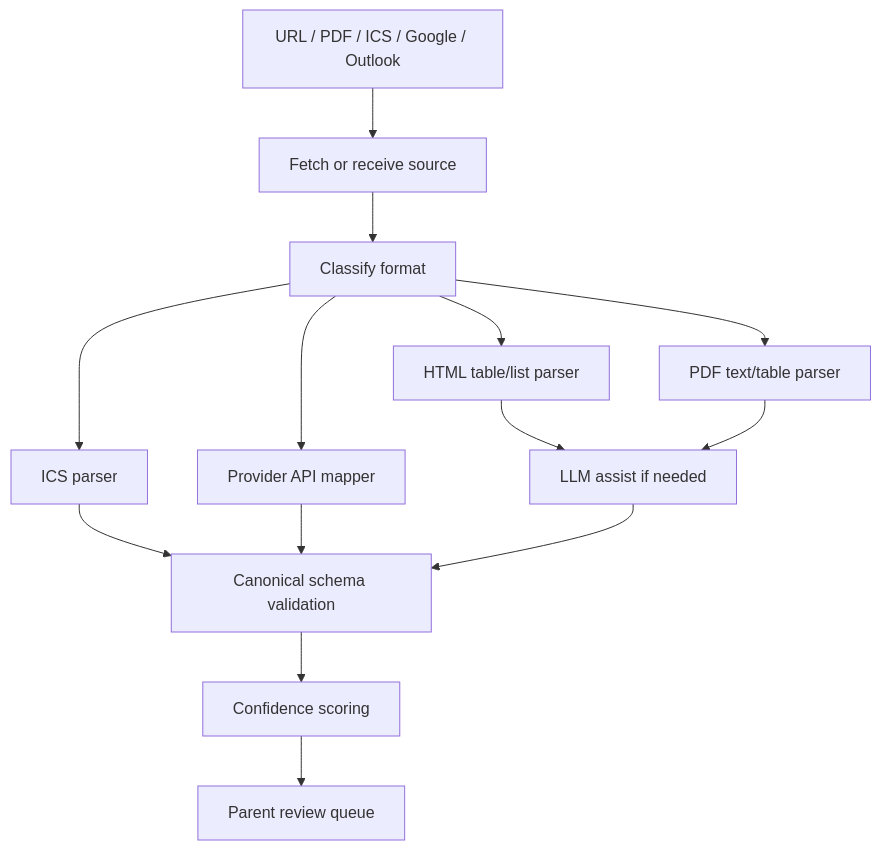
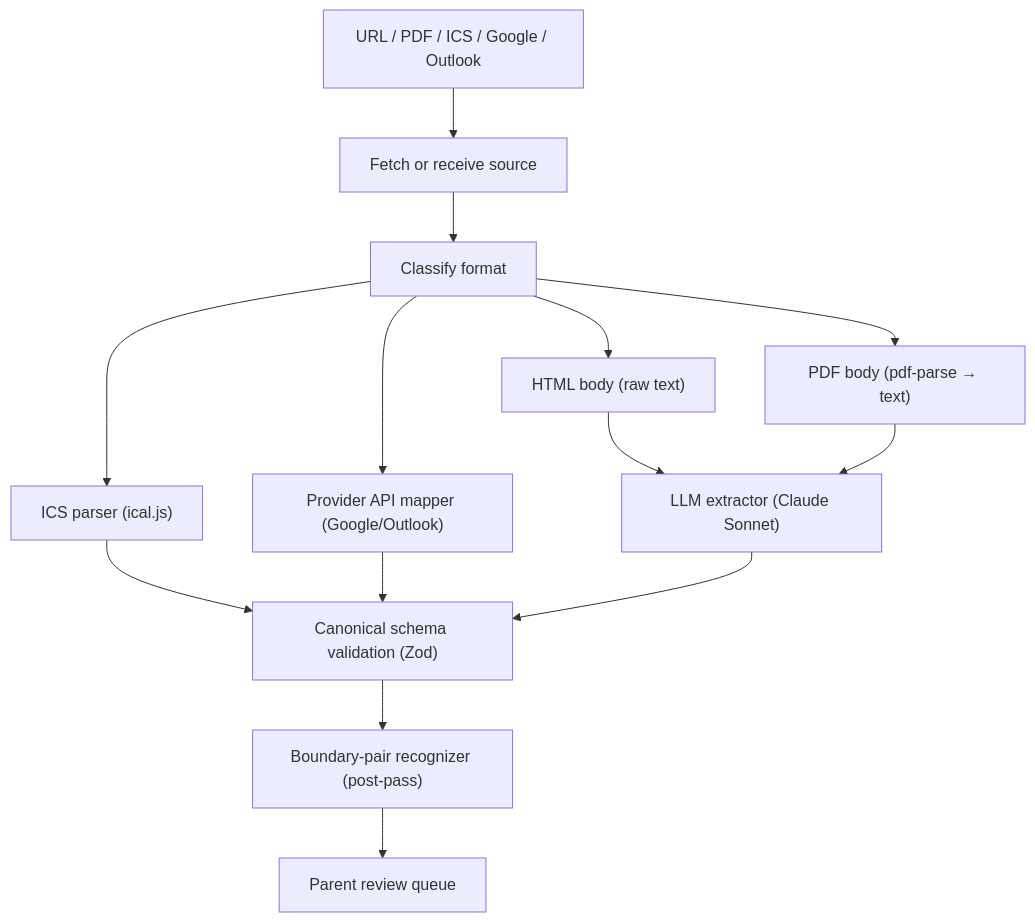
The diagram in docs/PARSING_STRATEGY.md (igortsives/togetherly), drawn with Mermaid before and after one commit. The commit also changed other lines of this file and 19 other files, not shown here.

First line of the commit message:
Delete heuristic HTML/PDF extractors; LLM is the only path (#157)

````diff
--- a/docs/PARSING_STRATEGY.md
+++ b/docs/PARSING_STRATEGY.md
@@ -16,16 +18,16 @@
 ```mermaid
 flowchart TD
   Input["URL / PDF / ICS / Google / Outlook"] --> Fetch["Fetch or receive source"]
   Fetch --> Classify["Classify format"]
-  Classify --> ICS["ICS parser"]
-  Classify --> HTML["HTML table/list parser"]
-  Classify --> PDF["PDF text/table parser"]
-  Classify --> Provider["Provider API mapper"]
-  HTML --> MaybeLLM["LLM assist if needed"]
-  PDF --> MaybeLLM
-  ICS --> Schema["Canonical schema validation"]
+  Classify --> ICS["ICS parser (ical.js)"]
+  Classify --> Provider["Provider API mapper (Google/Outlook)"]
+  Classify --> HTMLText["HTML body (raw text)"]
+  Classify --> PDFText["PDF body (pdf-parse → text)"]
+  HTMLText --> LLM["LLM extractor (Claude Sonnet)"]
+  PDFText --> LLM
+  ICS --> Schema["Canonical schema validation (Zod)"]
   Provider --> Schema
-  MaybeLLM --> Schema
-  Schema --> Confidence["Confidence scoring"]
-  Confidence --> Review["Parent review queue"]
+  LLM --> Schema
+  Schema --> Boundary["Boundary-pair recognizer (post-pass)"]
+  Boundary --> Review["Parent review queue"]
 ```
````
